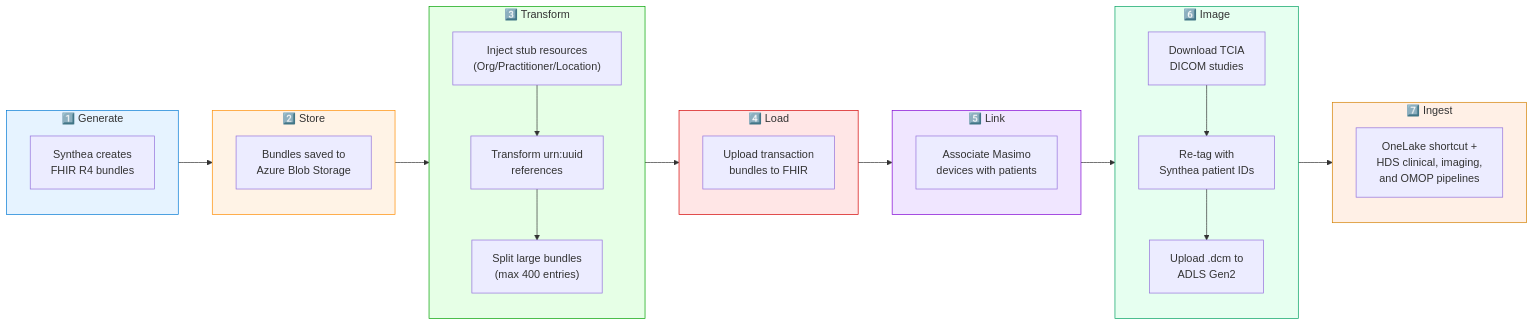
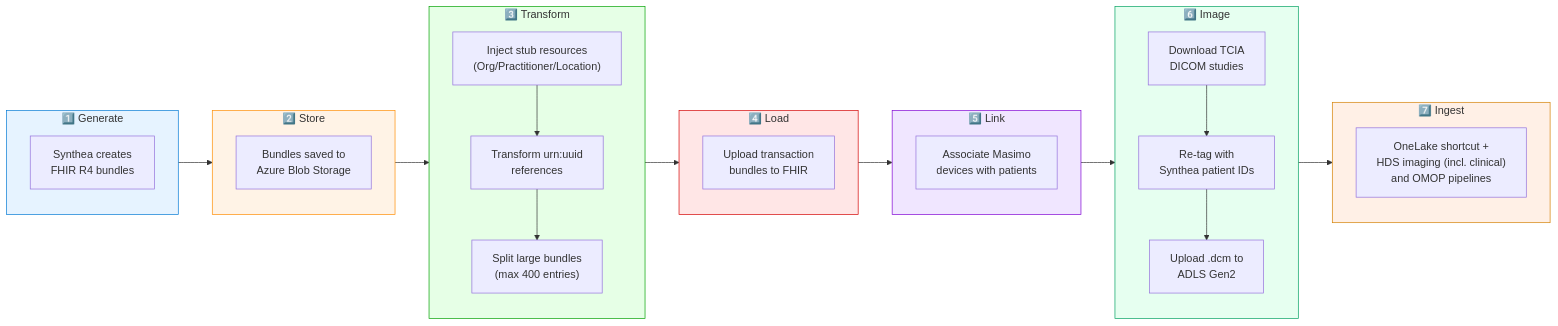
The first of 5 diagrams in README.md (kfprugger/med-device-fabric-emulator), drawn with Mermaid before and after one commit. The commit also changed other lines of this file and 6 other files, not shown here.

````diff
--- a/README.md
+++ b/README.md
@@ -20,46 +20,46 @@
 ```mermaid
 flowchart LR
     subgraph Step1["1️⃣ Generate"]
         S1["Synthea creates<br/>FHIR R4 bundles"]
     end
     
     subgraph Step2["2️⃣ Store"]
         S2["Bundles saved to<br/>Azure Blob Storage"]
     end
     
     subgraph Step3["3️⃣ Transform"]
         S3A["Inject stub resources<br/>(Org/Practitioner/Location)"]
         S3B["Transform urn:uuid<br/>references"]
         S3C["Split large bundles<br/>(max 400 entries)"]
     end
     
     subgraph Step4["4️⃣ Load"]
         S4["Upload transaction<br/>bundles to FHIR"]
     end
     
     subgraph Step5["5️⃣ Link"]
         S5["Associate Masimo<br/>devices with patients"]
     end
     
     subgraph Step6["6️⃣ Image"]
         S6A["Download TCIA<br/>DICOM studies"]
         S6B["Re-tag with<br/>Synthea patient IDs"]
         S6C["Upload .dcm to<br/>ADLS Gen2"]
     end
     
     subgraph Step7["7️⃣ Ingest"]
-        S7["OneLake shortcut +<br/>HDS clinical, imaging,<br/>and OMOP pipelines"]
+        S7["OneLake shortcut +<br/>HDS imaging (incl. clinical)<br/>and OMOP pipelines"]
     end
     
     Step1 --> Step2 --> Step3 --> Step4 --> Step5 --> Step6 --> Step7
     S6A --> S6B --> S6C
     S3A --> S3B --> S3C
 
     style Step1 fill:#e6f3ff,stroke:#0078d4
     style Step2 fill:#fff3e6,stroke:#ff8c00
     style Step3 fill:#e6ffe6,stroke:#00a000
     style Step4 fill:#ffe6e6,stroke:#d40000
     style Step5 fill:#f0e6ff,stroke:#8000d4
     style Step6 fill:#e6fff0,stroke:#00a060
     style Step7 fill:#fff0e6,stroke:#d48000
 ```
````
